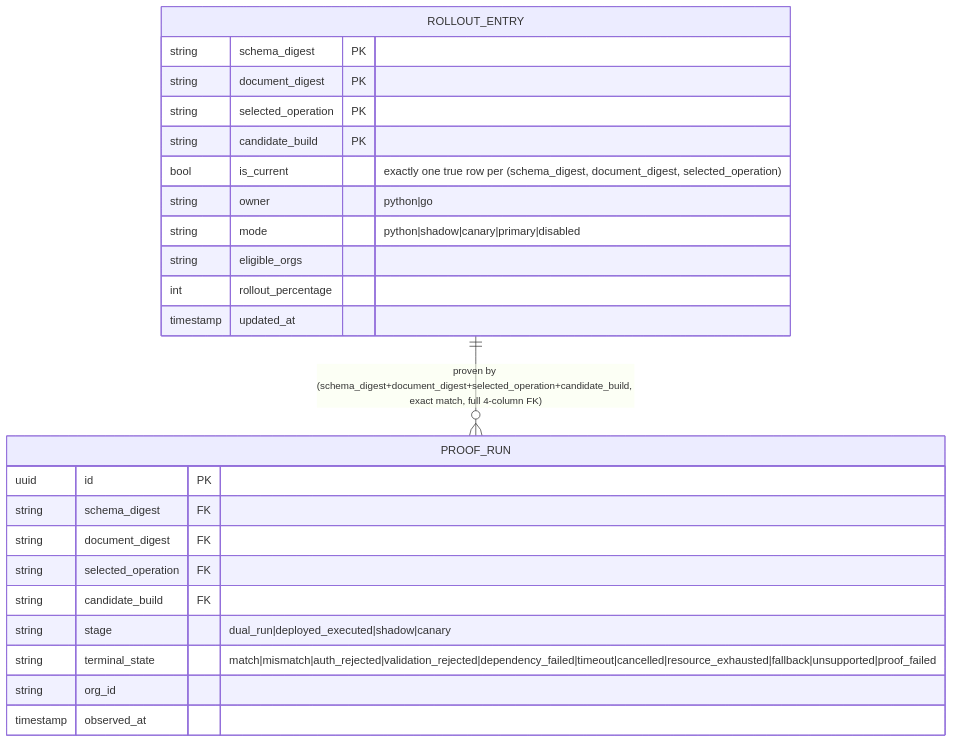
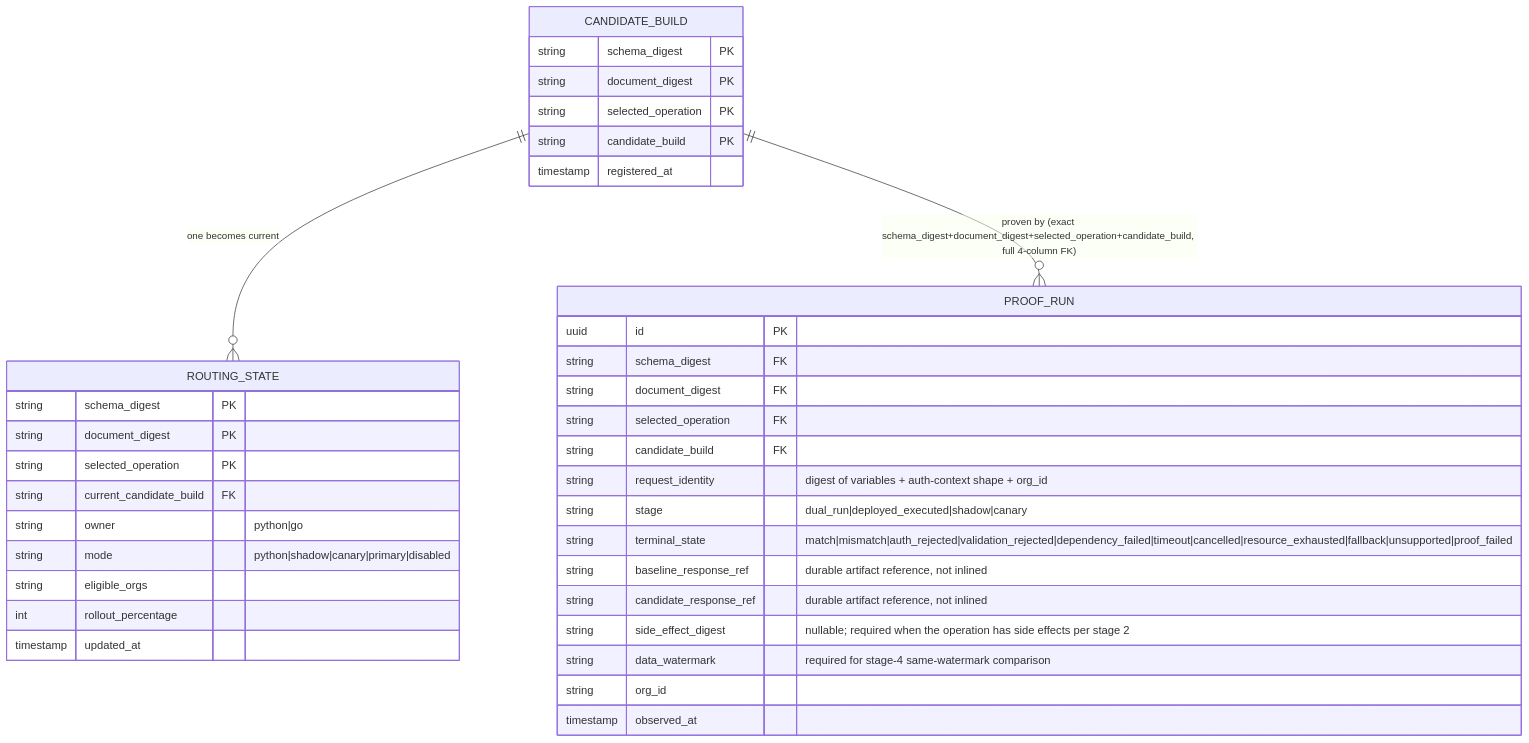
The third of 3 diagrams in .github/docs-legacy/plans/go-api-epic.md (full-chaos/dev-health-ops), drawn with Mermaid before and after one commit. The commit also changed other lines of this file, not shown here.

Commit message:
Address codex review round 3: split rollout ledger into immutable/mutable entities, bind proofs to request identity, fix bridge path and store inventory, cover dev_ fields and subscriptions

````diff
--- a/.github/docs-legacy/plans/go-api-epic.md
+++ b/.github/docs-legacy/plans/go-api-epic.md
@@ -148,27 +154,39 @@
 ```mermaid
 erDiagram
-  ROLLOUT_ENTRY {
+  CANDIDATE_BUILD {
     string schema_digest PK
     string document_digest PK
     string selected_operation PK
     string candidate_build PK
-    bool is_current "exactly one true row per (schema_digest, document_digest, selected_operation)"
+    timestamp registered_at
+  }
+  ROUTING_STATE {
+    string schema_digest PK
+    string document_digest PK
+    string selected_operation PK
+    string current_candidate_build FK
     string owner "python|go"
     string mode "python|shadow|canary|primary|disabled"
     string eligible_orgs
     int rollout_percentage
     timestamp updated_at
   }
   PROOF_RUN {
     uuid id PK
     string schema_digest FK
     string document_digest FK
     string selected_operation FK
     string candidate_build FK
+    string request_identity "digest of variables + auth-context shape + org_id"
     string stage "dual_run|deployed_executed|shadow|canary"
     string terminal_state "match|mismatch|auth_rejected|validation_rejected|dependency_failed|timeout|cancelled|resource_exhausted|fallback|unsupported|proof_failed"
+    string baseline_response_ref "durable artifact reference, not inlined"
+    string candidate_response_ref "durable artifact reference, not inlined"
+    string side_effect_digest "nullable; required when the operation has side effects per stage 2"
+    string data_watermark "required for stage-4 same-watermark comparison"
     string org_id
     timestamp observed_at
   }
-  ROLLOUT_ENTRY ||--o{ PROOF_RUN : "proven by (schema_digest+document_digest+selected_operation+candidate_build, exact match, full 4-column FK)"
+  CANDIDATE_BUILD ||--o{ ROUTING_STATE : "one becomes current"
+  CANDIDATE_BUILD ||--o{ PROOF_RUN : "proven by (exact schema_digest+document_digest+selected_operation+candidate_build, full 4-column FK)"
 ```
````
